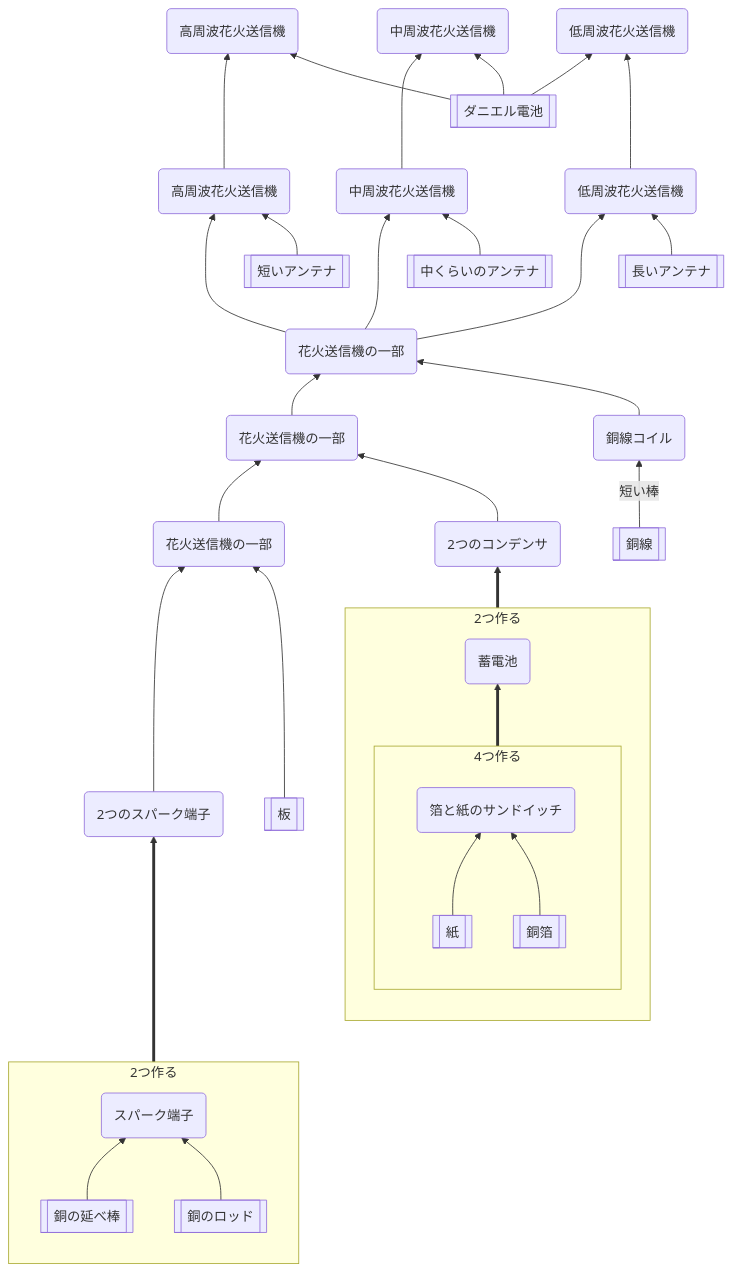
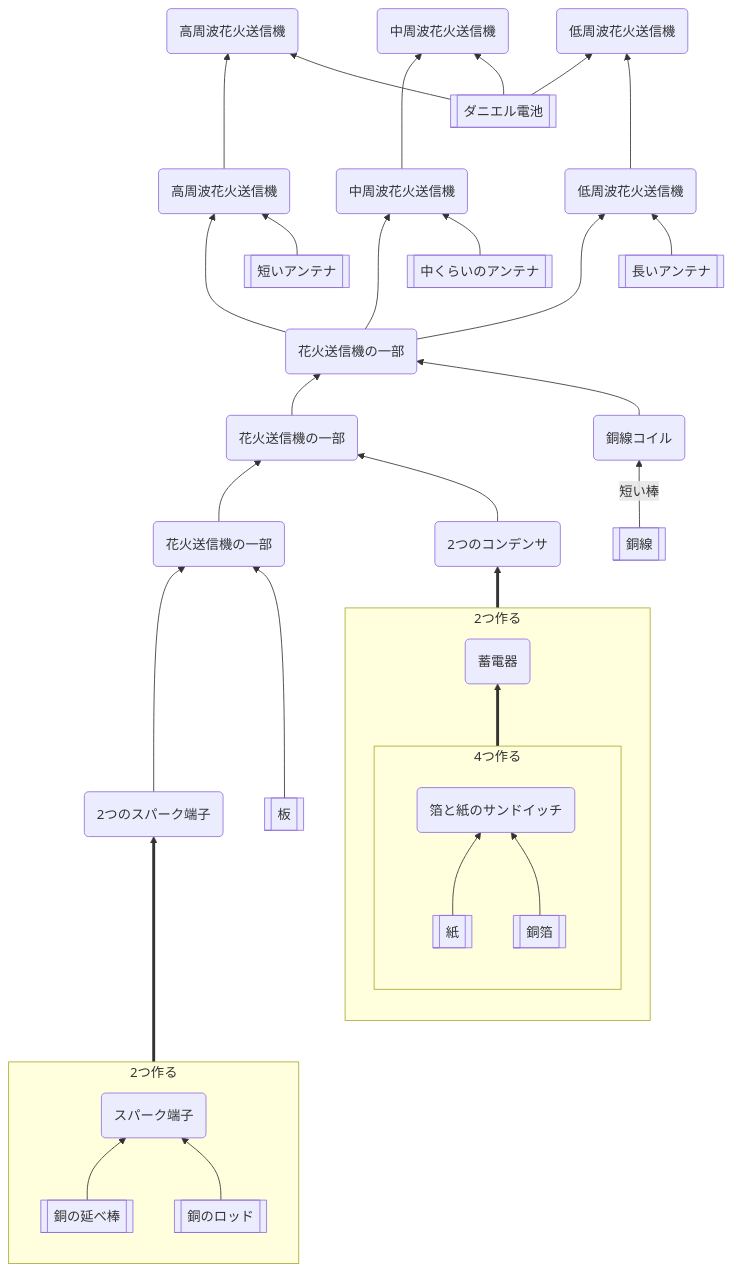
Before and after one commit to aya-0p/yah-craft-recipe: the diagram in Marconi-transmitter.md, drawn with Mermaid.

````diff
--- a/Marconi-transmitter.md
+++ b/Marconi-transmitter.md
@@ -2,48 +2,48 @@
 ```mermaid
 flowchart BT
 aa[[銅のロッド]]
 ab[[銅の延べ棒]]
 ac[[板]]
 ad[[紙]]
 ae[[銅箔]]
 af[[銅線]]
 ah[[ダニエル電池]]
 ai[[長いアンテナ]]
 aj[[中くらいのアンテナ]]
 ak[[短いアンテナ]]
 subgraph x [2つ作る]
 direction BT
 ab --> ba(スパーク端子)
 aa --> ba
 end
 x ==> bb(2つのスパーク端子)
 bb --> bc(花火送信機の一部)
 ac --> bc
 subgraph z [2つ作る]
 direction BT
 subgraph y [4つ作る]
 direction BT
 ad --> bd(箔と紙のサンドイッチ)
 ae --> bd
 end
-y ==> be(蓄電池)
+y ==> be(蓄電器)
 end
 z ==> bf(2つのコンデンサ)
 bc --> bg(花火送信機の一部)
 bf --> bg
 af -->|短い棒| bh(銅線コイル)
 bg --> bi(花火送信機の一部)
 bh --> bi
 bi ---> bj(高周波花火送信機)
 bi ---> bk(中周波花火送信機)
 bi ---> bl(低周波花火送信機)
 ak --> bj
 aj --> bk
 ai --> bl
 bj ---> bm(高周波花火送信機)
 bk ---> bn(中周波花火送信機)
 ah --> bo(低周波花火送信機)
 ah --> bm
 ah --> bn
 bl ---> bo
 ```
````
